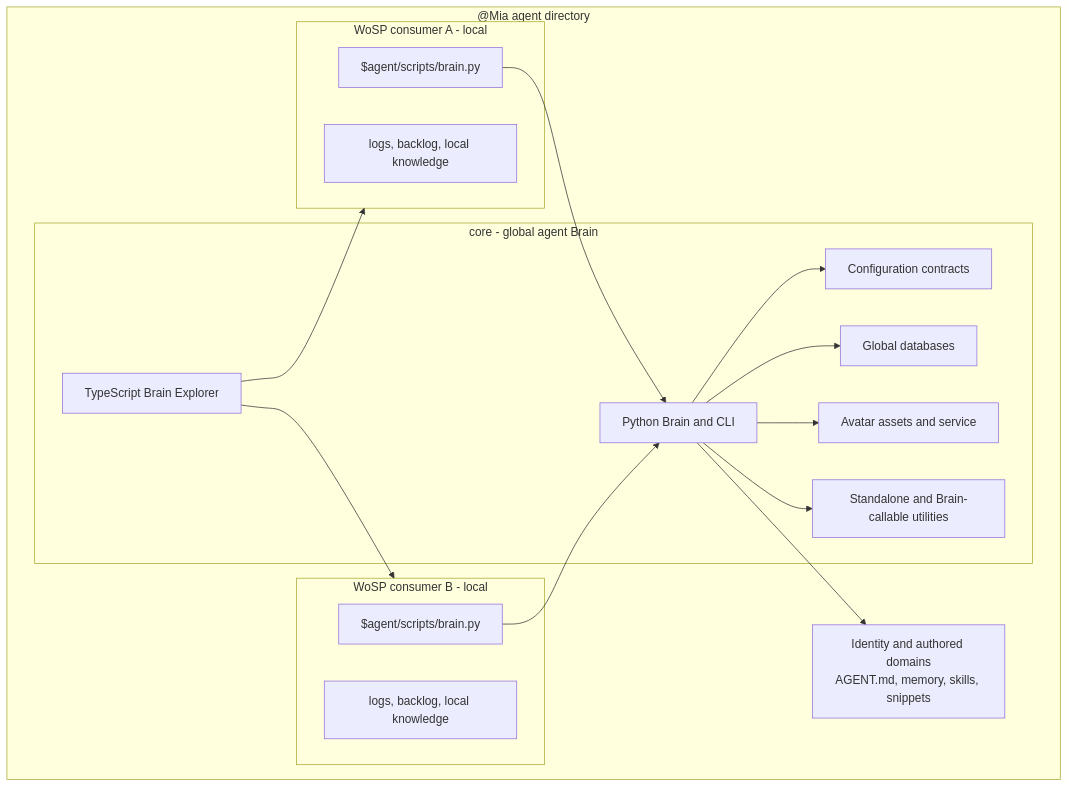
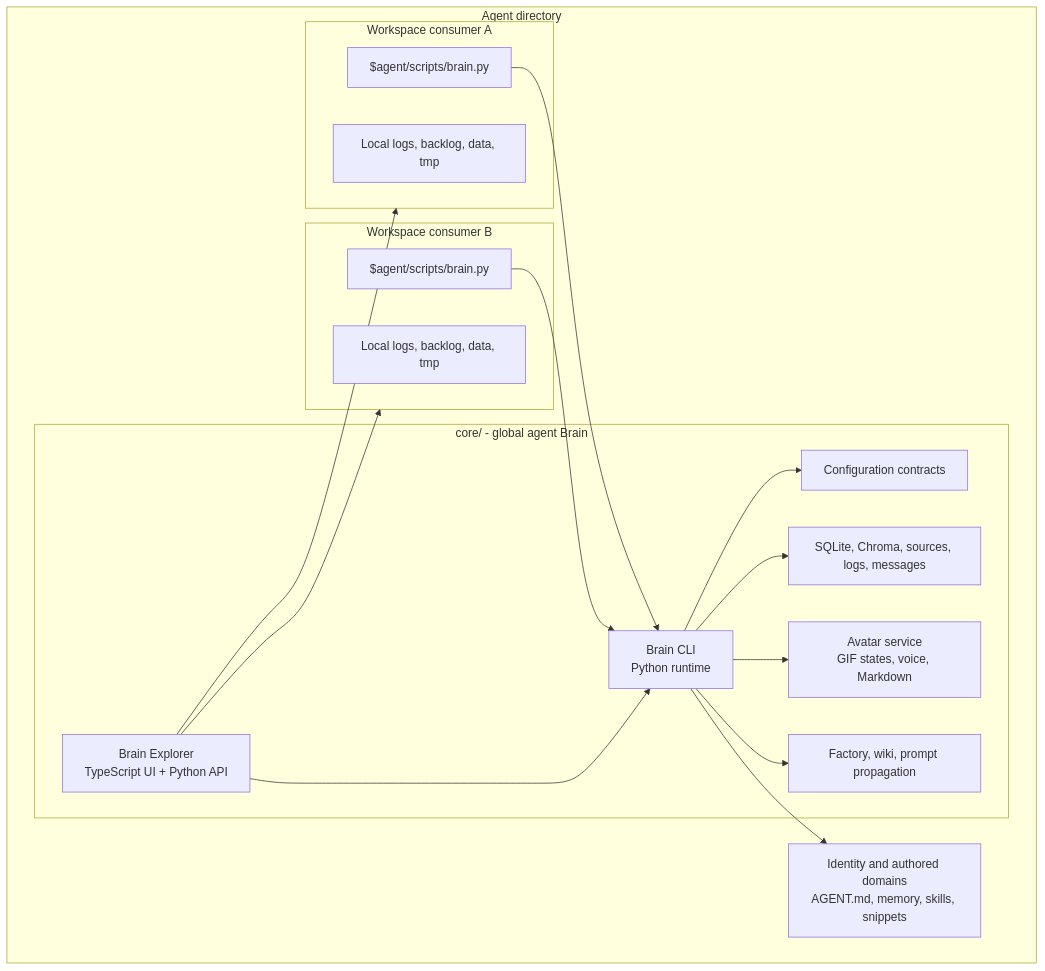
Before and after one commit to yoeldcd/Digidog: the diagram in README.md, drawn with Mermaid. The commit also changed other lines of this file and 121 other files, not shown here.

````diff
--- a/README.md
+++ b/README.md
@@ -38,31 +58,33 @@
 ```mermaid
 flowchart TB
-    subgraph Agent["@Mia agent directory"]
+    subgraph Agent["Agent directory"]
         Identity["Identity and authored domains\nAGENT.md, memory, skills, snippets"]
-        subgraph Core["core - global agent Brain"]
-            Brain["Python Brain and CLI"]
-            Explorer["TypeScript Brain Explorer"]
+        subgraph Core["core/ - global agent Brain"]
+            Brain["Brain CLI\nPython runtime"]
+            Explorer["Brain Explorer\nTypeScript UI + Python API"]
             Config["Configuration contracts"]
-            Stores["Global databases"]
-            Avatar["Avatar assets and service"]
-            Utilities["Standalone and Brain-callable utilities"]
+            Stores["SQLite, Chroma, sources, logs, messages"]
+            Avatar["Avatar service\nGIF states, voice, Markdown"]
+            Utilities["Factory, wiki, prompt propagation"]
         end
-        subgraph ConsumerA["WoSP consumer A - local"]
+        subgraph ConsumerA["Workspace consumer A"]
             LauncherA["$agent/scripts/brain.py"]
-            LocalA["logs, backlog, local knowledge"]
+            LocalA["Local logs, backlog, data, tmp"]
         end
-        subgraph ConsumerB["WoSP consumer B - local"]
+        subgraph ConsumerB["Workspace consumer B"]
             LauncherB["$agent/scripts/brain.py"]
-            LocalB["logs, backlog, local knowledge"]
+            LocalB["Local logs, backlog, data, tmp"]
         end
     end
+
     LauncherA --> Brain
     LauncherB --> Brain
     Brain --> Config
     Brain --> Stores
     Brain --> Identity
+    Explorer --> Brain
     Explorer --> ConsumerA
     Explorer --> ConsumerB
     Brain --> Avatar
     Brain --> Utilities
 ```
````
